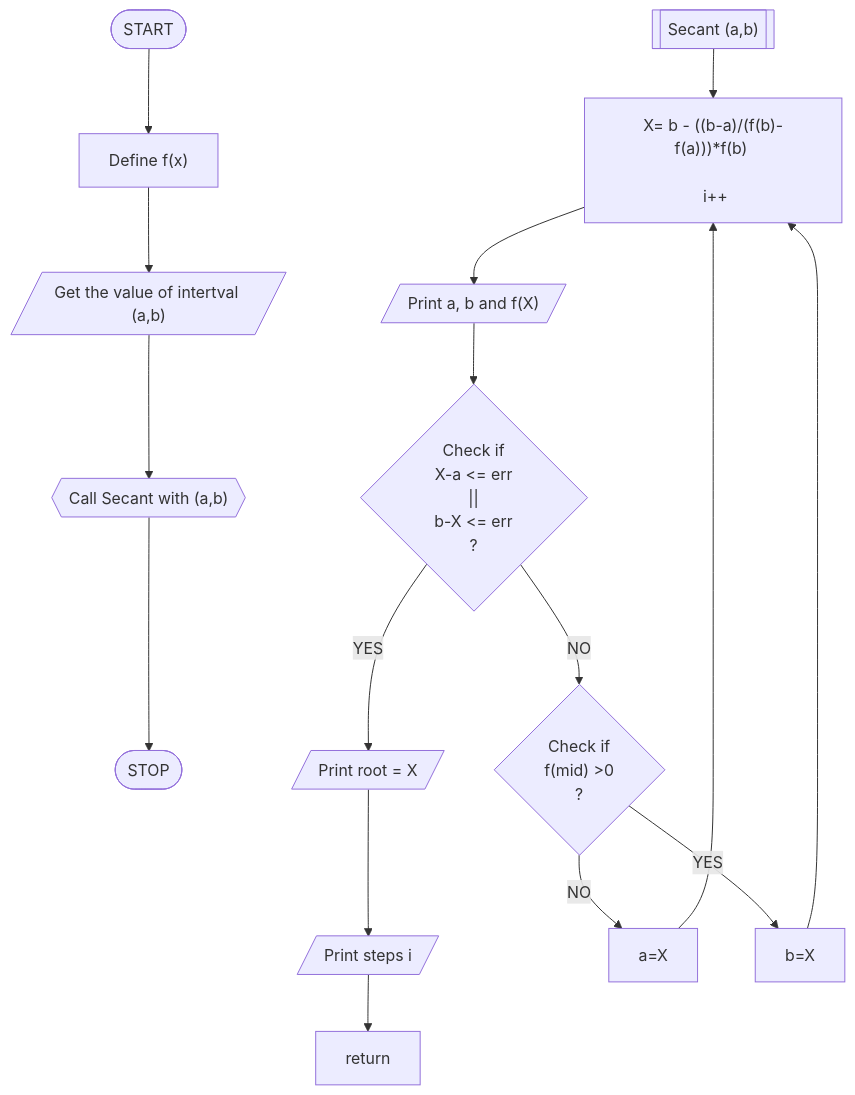
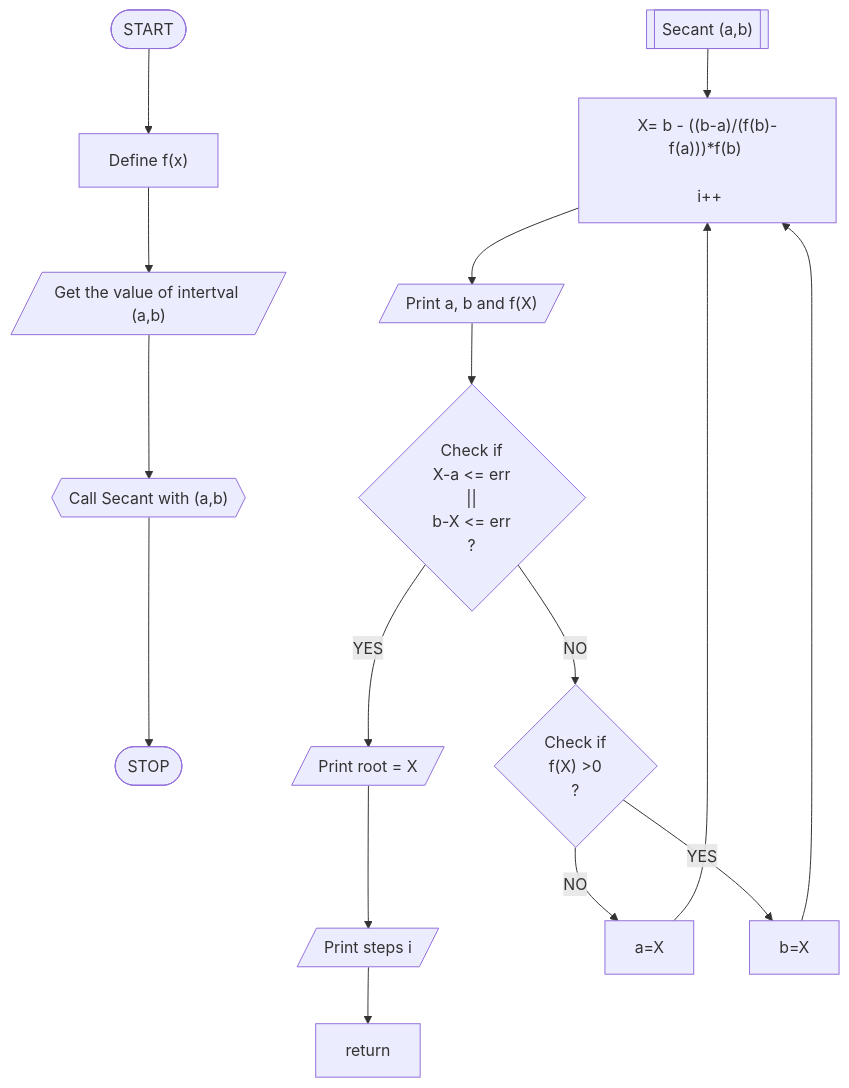
Before and after one commit to Nothing-avil/CBNST: the diagram in Secant/README.md, drawn with Mermaid.

Commit message:
Flowchart

````diff
--- a/Secant/README.md
+++ b/Secant/README.md
@@ -3,16 +3,16 @@
 ```mermaid
 flowchart TD
 
 A([START]) -->B["Define f(x)"]
 B --> C[/"Get the value of intertval (a,b)"/]
 C -->E{{"Call Secant with (a,b)"}}
 E --> S([STOP])
 
 x[["Secant (a,b)"]]--> Q["X= b - ((b-a)/(f(b)-f(a)))*f(b) <br/><br/> i++"]
 Q--> Z[/"Print a, b and f(X)"/]
 Z--> P{"Check if <br/> X-a <= err <br/> || <br/> b-X <= err <br/> ?"}
-P--"NO"--> W{"Check if  <br/>f(mid) >0 <br/> ?"}
+P--"NO"--> W{"Check if  <br/>f(X) >0 <br/> ?"}
 P--"YES"--> l[/"Print root = X"/] --> a[/"Print steps i"/]--> d[return]
 W--"NO"-->c["a=X"]-->Q
 W--"YES"-->i["b=X"]-->Q
 ```
````
